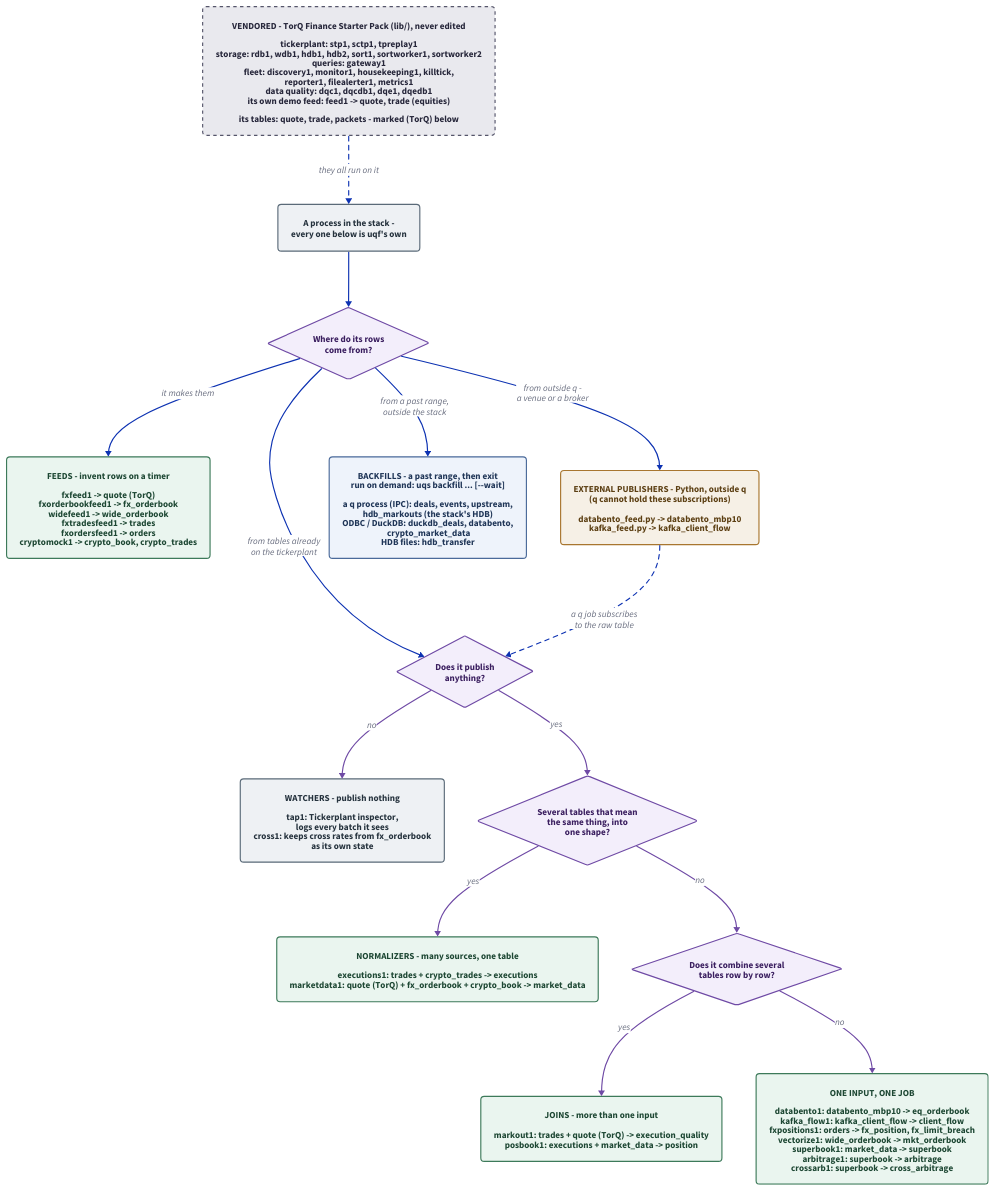
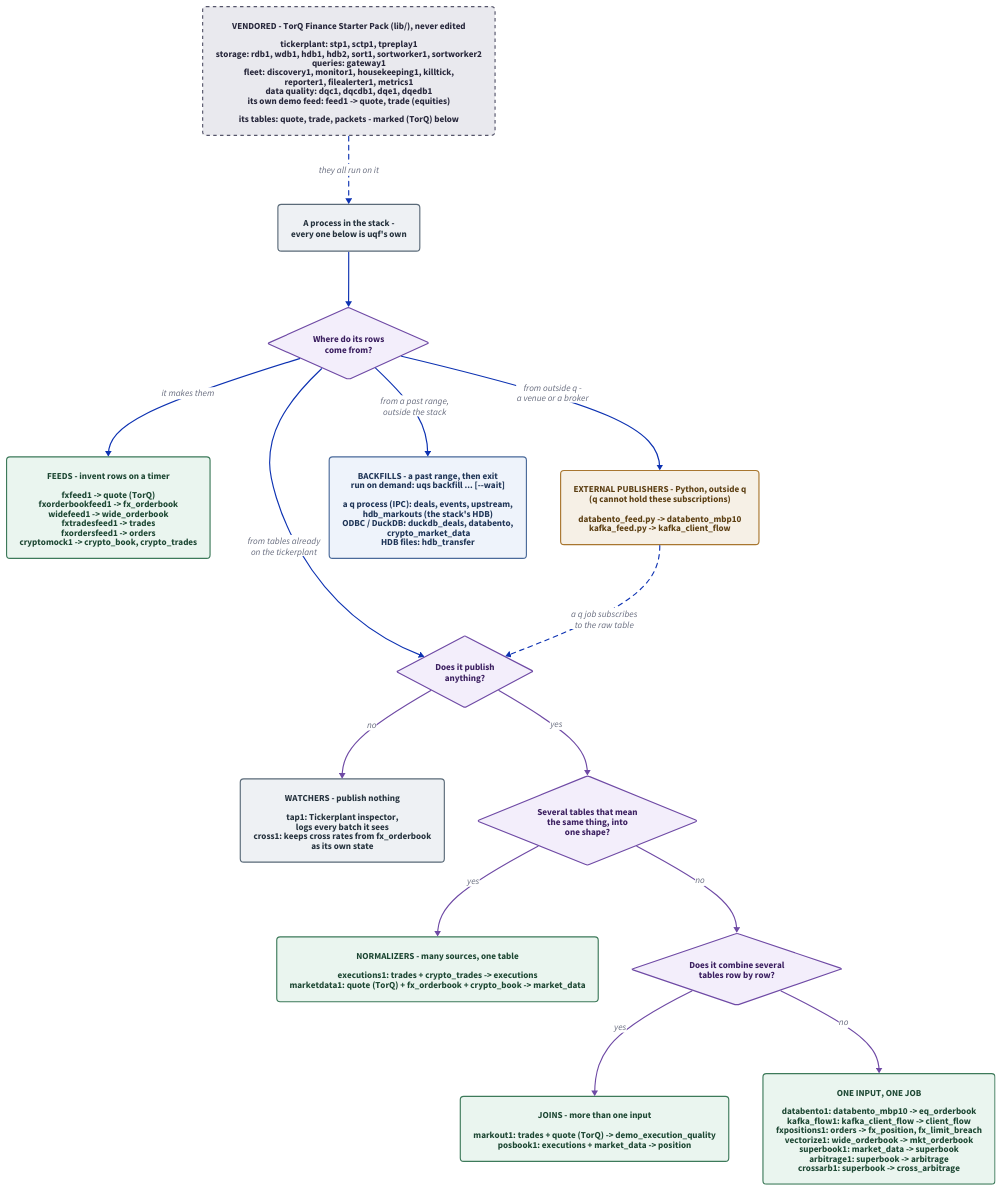
One commit to kwojdalski/uqf changed the diagram in docs/diagrams/services-showcase.d2. Above: the diagram before and after it, drawn with D2. The commit also changed 68 other files, not shown here.

```diff
--- a/docs/diagrams/services-showcase.d2
+++ b/docs/diagrams/services-showcase.d2
@@ -1,125 +1,125 @@
 # services-showcase.d2 - how the stack's processes differ, as a decision tree.
 #
 # Rendered by scripts/generate/render_diagrams.py, which CI runs with
 # --check. Embedded from docs/services/README.md.
 #
 # WHAT THIS DIAGRAM IS FOR. The showcase lists every process; this sorts them
 # by the two things that tell them apart: where their rows come from, and what
 # they do with the tables they read. Each leaf names its processes with the
 # tables they read and write, as the generated process table has them
 # (docs/reference/processes.md) - so it can be checked, not just believed.
 #
 # The Databento and Kafka processes are the easy ones to misread: the
 # PUBLISHER is a Python handler outside q (a q process cannot hold either
 # subscription), and databento1 / kafka_flow1 are ordinary subscribers to the
 # raw table it publishes. The drawing routes them through "from outside q"
 # and back into the subscriber questions for that reason.
 #
 # VENDORED vs OURS. Every process in the tree is uqf's own; the dashed box on
 # top is the TorQ Finance Starter Pack they run on (lib/, never edited) - its
 # 23 processes, as docs/reference/processes.md lists them, and its three
 # tables. A vendored table in a leaf is marked (TorQ): today that is `quote`,
 # which fxfeed1 writes beside TorQ's own feed1.
 
 direction: down
 
 vars: {
   d2-config: {
     pad: 40
   }
 }
 
 classes: {
   question: {
     shape: diamond
     style: {
       fill: "#f3eefb"
       stroke: "#6f4aa5"
       font-color: "#3a1e5f"
     }
   }
   group: {
     style: {
       fill: "#eaf5ef"
       stroke: "#3d7a5a"
       font-color: "#1d4733"
       border-radius: 6
     }
   }
   external: {
     style: {
       fill: "#f6f0e6"
       stroke: "#a8762f"
       font-color: "#5c3f13"
       border-radius: 6
     }
   }
   bounded: {
     style: {
       fill: "#eef3fb"
       stroke: "#4a6a9a"
       font-color: "#1f3557"
       border-radius: 6
     }
   }
   vendored: {
     style: {
       fill: "#e9e9ee"
       stroke: "#55556a"
       font-color: "#26263a"
       border-radius: 6
       stroke-dash: 3
     }
   }
   quiet: {
     style: {
       fill: "#eef1f4"
       stroke: "#5a6a78"
       font-color: "#25323d"
       border-radius: 6
     }
   }
 }
 
 vendored: "VENDORED - TorQ Finance Starter Pack (lib/), never edited\n\ntickerplant: stp1, sctp1, tpreplay1\nstorage: rdb1, wdb1, hdb1, hdb2, sort1, sortworker1, sortworker2\nqueries: gateway1\nfleet: discovery1, monitor1, housekeeping1, killtick,\nreporter1, filealerter1, metrics1\ndata quality: dqc1, dqcdb1, dqe1, dqedb1\nits own demo feed: feed1 -> quote, trade (equities)\n\nits tables: quote, trade, packets - marked (TorQ) below" { class: vendored }
 
 start: "A process in the stack -\nevery one below is uqf's own" { class: quiet }
 
 vendored -> start: "they all run on it" { style.stroke-dash: 4 }
 
 q_source: "Where do its rows\ncome from?" { class: question }
 
 feeds: "FEEDS - invent rows on a timer\n\nfxfeed1 -> quote (TorQ)\nfxorderbookfeed1 -> fx_orderbook\nwidefeed1 -> wide_orderbook\nfxtradesfeed1 -> trades\nfxordersfeed1 -> orders\ncryptomock1 -> crypto_book, crypto_trades" { class: group }
 
 external: "EXTERNAL PUBLISHERS - Python, outside q\n(q cannot hold these subscriptions)\n\ndatabento_feed.py -> databento_mbp10\nkafka_feed.py -> kafka_client_flow" { class: external }
 
 backfills: "BACKFILLS - a past range, then exit\nrun on demand: uqs backfill ... [--wait]\n\na q process (IPC): deals, events, upstream,\nhdb_markouts (the stack's HDB)\nODBC / DuckDB: duckdb_deals, databento,\n crypto_market_data\nHDB files: hdb_transfer" { class: bounded }
 
 q_publish: "Does it publish\nanything?" { class: question }
 
 quiet_leaves: "WATCHERS - publish nothing\n\ntap1: Tickerplant inspector,\nlogs every batch it sees\ncross1: keeps cross rates from fx_orderbook\nas its own state" { class: quiet }
 
 q_same: "Several tables that mean\nthe same thing, into\none shape?" { class: question }
 
 normalizers: "NORMALIZERS - many sources, one table\n\nexecutions1: trades + crypto_trades -> executions\nmarketdata1: quote (TorQ) + fx_orderbook + crypto_book -> market_data" { class: group }
 
 q_join: "Does it combine several\ntables row by row?" { class: question }
 
-joins: "JOINS - more than one input\n\nmarkout1: trades + quote (TorQ) -> execution_quality\nposbook1: executions + market_data -> position" { class: group }
+joins: "JOINS - more than one input\n\nmarkout1: trades + quote (TorQ) -> demo_execution_quality\nposbook1: executions + market_data -> position" { class: group }
 
 single: "ONE INPUT, ONE JOB\n\ndatabento1: databento_mbp10 -> eq_orderbook\nkafka_flow1: kafka_client_flow -> client_flow\nfxpositions1: orders -> fx_position, fx_limit_breach\nvectorize1: wide_orderbook -> mkt_orderbook\nsuperbook1: market_data -> superbook\narbitrage1: superbook -> arbitrage\ncrossarb1: superbook -> cross_arbitrage" { class: group }
 
 start -> q_source
 q_source -> feeds: "it makes them"
 q_source -> external: "from outside q -\na venue or a broker"
 q_source -> q_publish: "from tables already\non the tickerplant"
 q_source -> backfills: "from a past range,\noutside the stack"
 
 external -> q_publish: "a q job subscribes\nto the raw table" { style.stroke-dash: 4 }
 
 q_publish -> quiet_leaves: "no" { style.stroke: "#6f4aa5" }
 q_publish -> q_same: "yes" { style.stroke: "#6f4aa5" }
 q_same -> normalizers: "yes" { style.stroke: "#6f4aa5" }
 q_same -> q_join: "no" { style.stroke: "#6f4aa5" }
 q_join -> joins: "yes" { style.stroke: "#6f4aa5" }
 q_join -> single: "no" { style.stroke: "#6f4aa5" }
```
